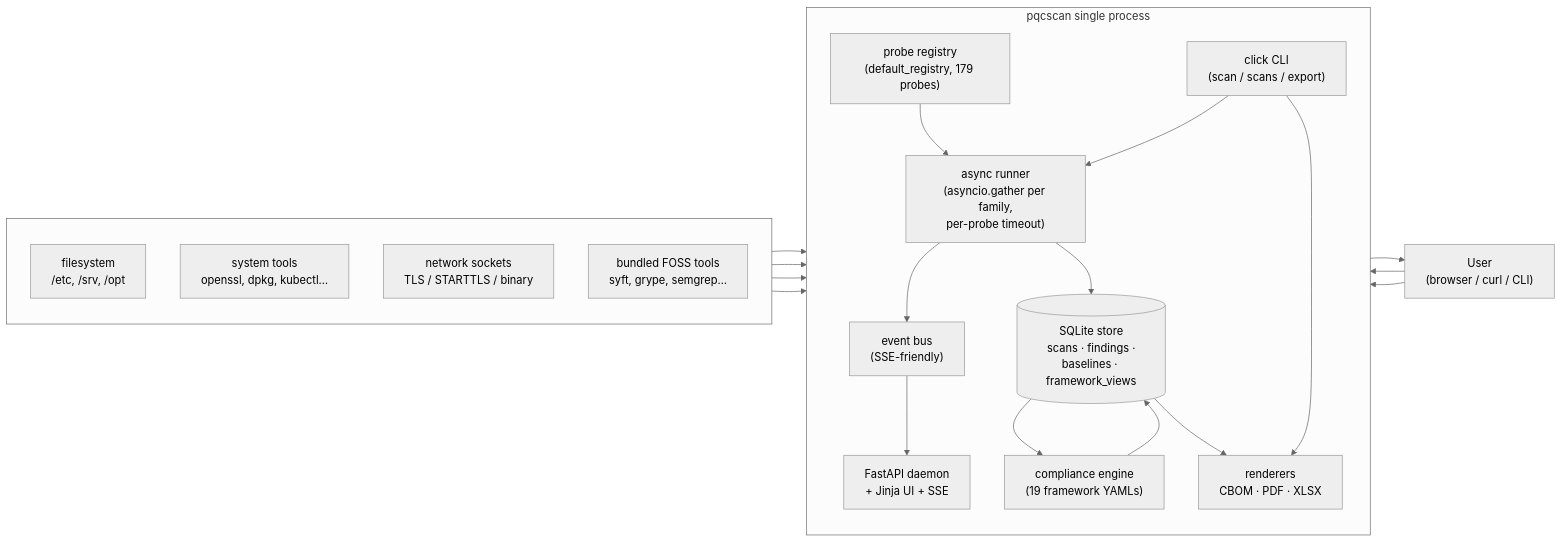
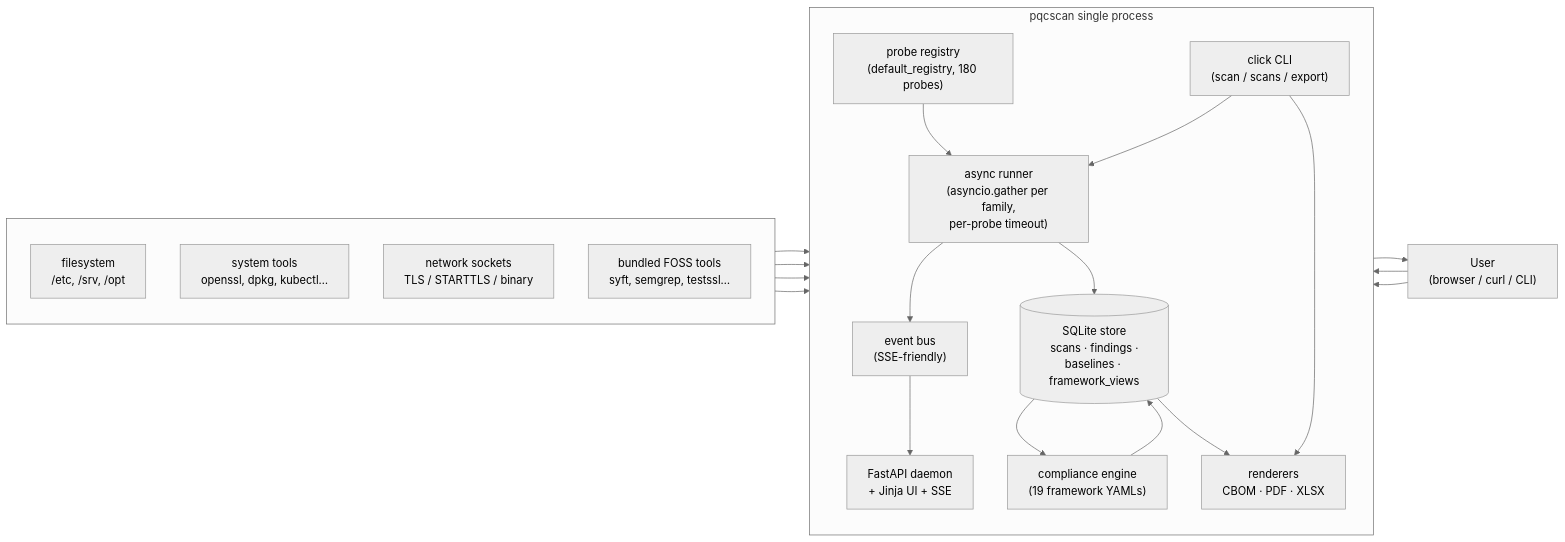
One commit to orengacademy/pqc-scanner2 changed the first of 6 diagrams in README.md. Above: the diagram before and after it, drawn with Mermaid (neutral theme). The commit also changed other lines of this file and 64 other files, not shown here.

````diff
--- a/README.md
+++ b/README.md
@@ -125,39 +125,39 @@
 ```mermaid
 flowchart LR
     subgraph host[" "]
         direction TB
         FS["filesystem<br/>/etc, /srv, /opt"]
         SYS["system tools<br/>openssl, dpkg, kubectl…"]
         NET["network sockets<br/>TLS / STARTTLS / binary"]
-        FOSS["bundled FOSS tools<br/>syft, grype, semgrep…"]
+        FOSS["bundled FOSS tools<br/>syft, semgrep, testssl…"]
     end
 
     subgraph proc["pqcscan single process"]
         direction TB
-        REG["probe registry<br/>(default_registry, 179 probes)"]
+        REG["probe registry<br/>(default_registry, 180 probes)"]
         RUN["async runner<br/>(asyncio.gather per family,<br/>per-probe timeout)"]
         BUS["event bus<br/>(SSE-friendly)"]
         REPO[("SQLite store<br/>scans · findings ·<br/>baselines · framework_views")]
         COMP["compliance engine<br/>(19 framework YAMLs)"]
         DAEMON["FastAPI daemon<br/>+ Jinja UI + SSE"]
         CLI["click CLI<br/>(scan / scans / export)"]
         REND["renderers<br/>CBOM · PDF · XLSX"]
     end
 
     USER["User<br/>(browser / curl / CLI)"]
 
     FS  --> RUN
     SYS --> RUN
     NET --> RUN
     FOSS --> RUN
     REG --> RUN
     RUN --> BUS --> DAEMON
     RUN --> REPO
     REPO --> COMP --> REPO
     REPO --> REND
     DAEMON --> USER
     CLI   --> RUN
     CLI   --> REND
     USER  --> DAEMON
     USER  --> CLI
 ```
````
